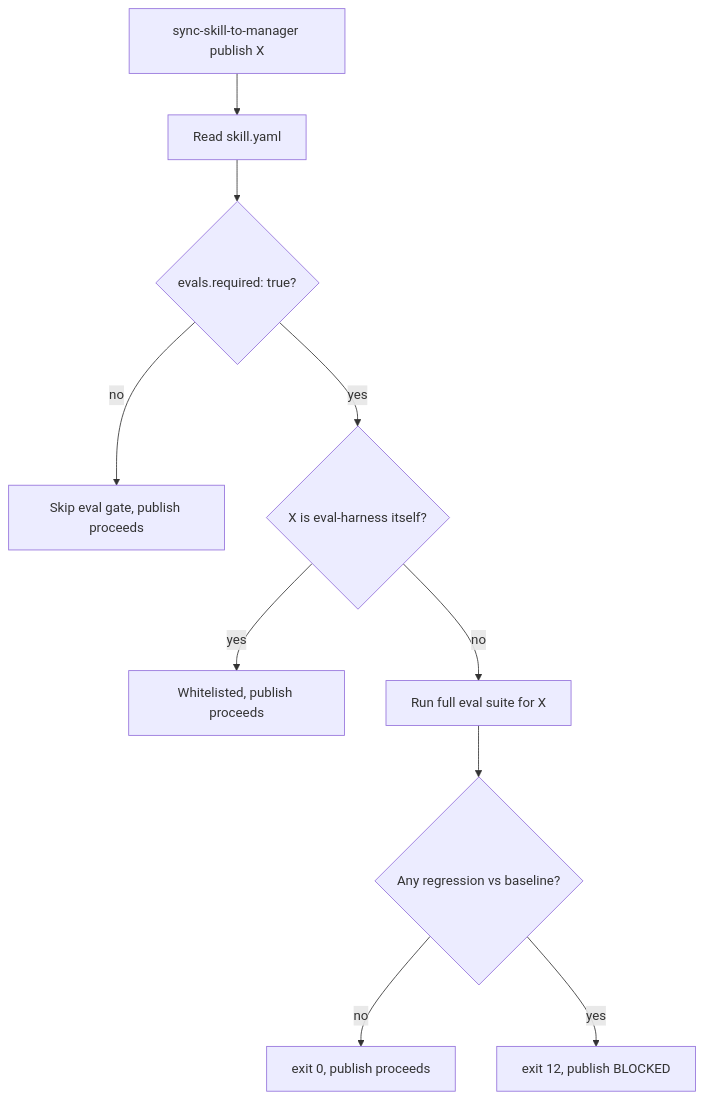
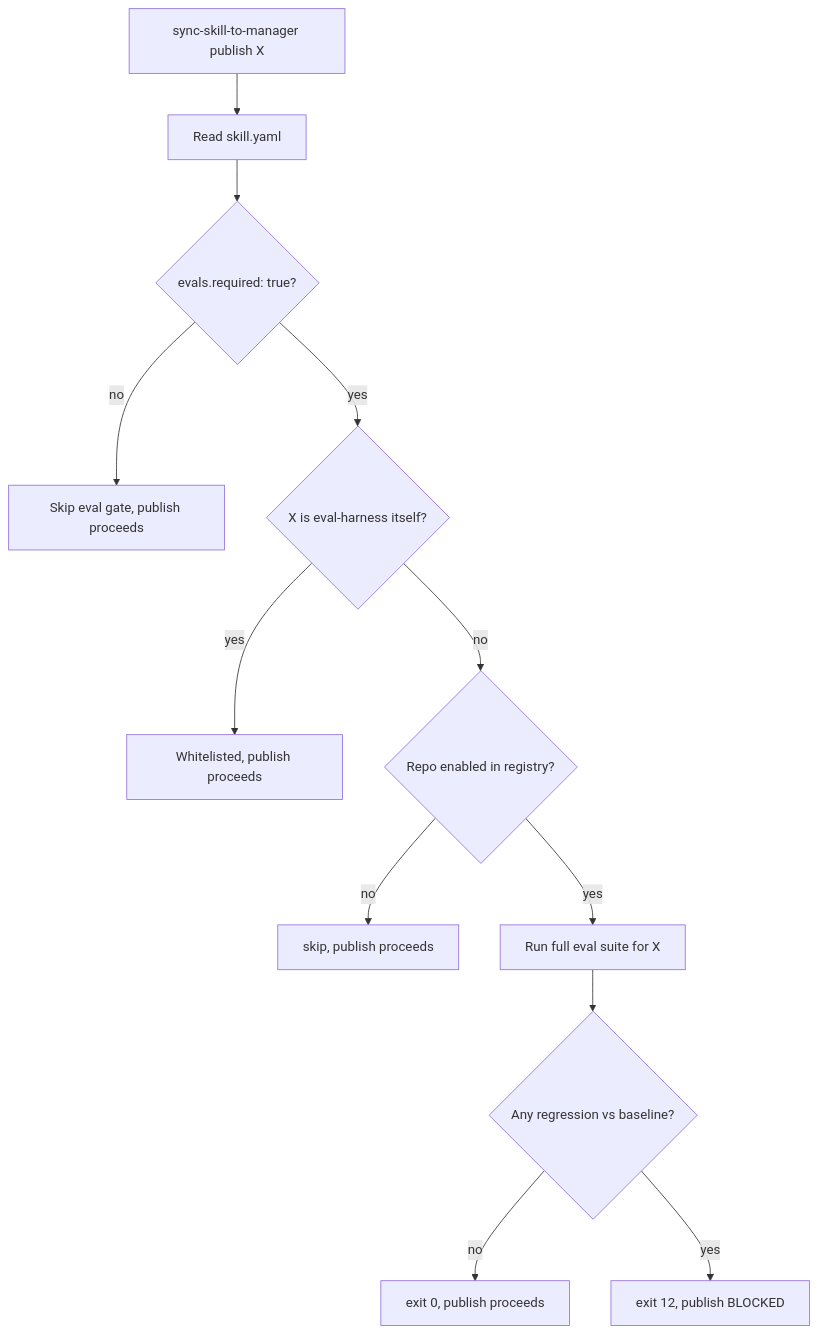
Before and after one commit to nano-step/eval-harness: the second of 2 diagrams in README.md, drawn with Mermaid. The commit also changed other lines of this file, not shown here.

````diff
--- a/README.md
+++ b/README.md
@@ -162,12 +191,14 @@
 ```mermaid
 flowchart TD
   A[sync-skill-to-manager publish X] --> B[Read skill.yaml]
   B --> C{evals.required: true?}
   C -- no --> D[Skip eval gate, publish proceeds]
   C -- yes --> E{X is eval-harness itself?}
   E -- yes --> F[Whitelisted, publish proceeds]
-  E -- no --> G[Run full eval suite for X]
-  G --> H{Any regression vs baseline?}
-  H -- no --> I[exit 0, publish proceeds]
-  H -- yes --> J[exit 12, publish BLOCKED]
+  E -- no  --> G{Repo enabled in registry?}
+  G -- no  --> Y[skip, publish proceeds]
+  G -- yes --> H[Run full eval suite for X]
+  H --> I{Any regression vs baseline?}
+  I -- no --> J[exit 0, publish proceeds]
+  I -- yes --> K[exit 12, publish BLOCKED]
 ```
````
